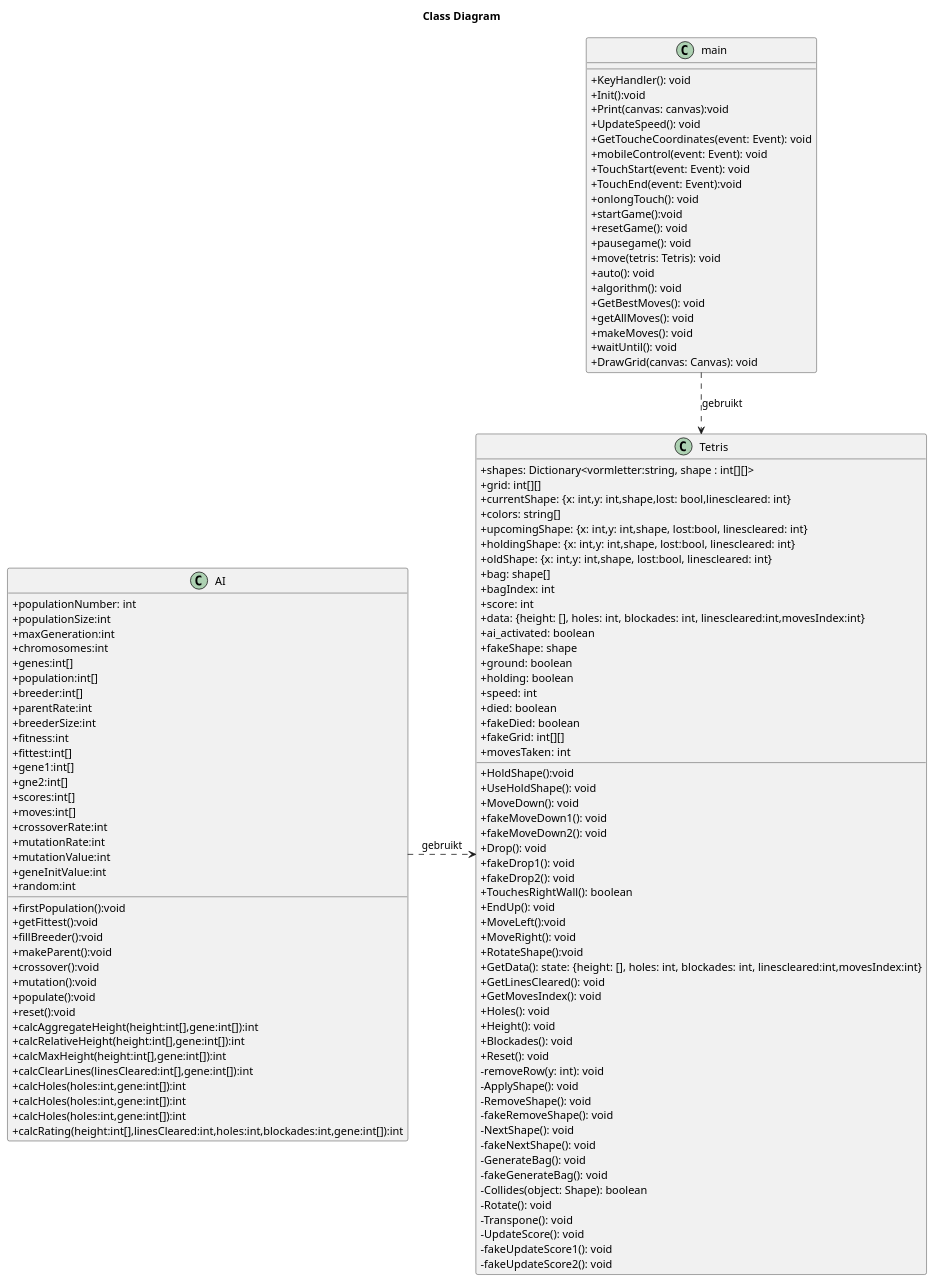
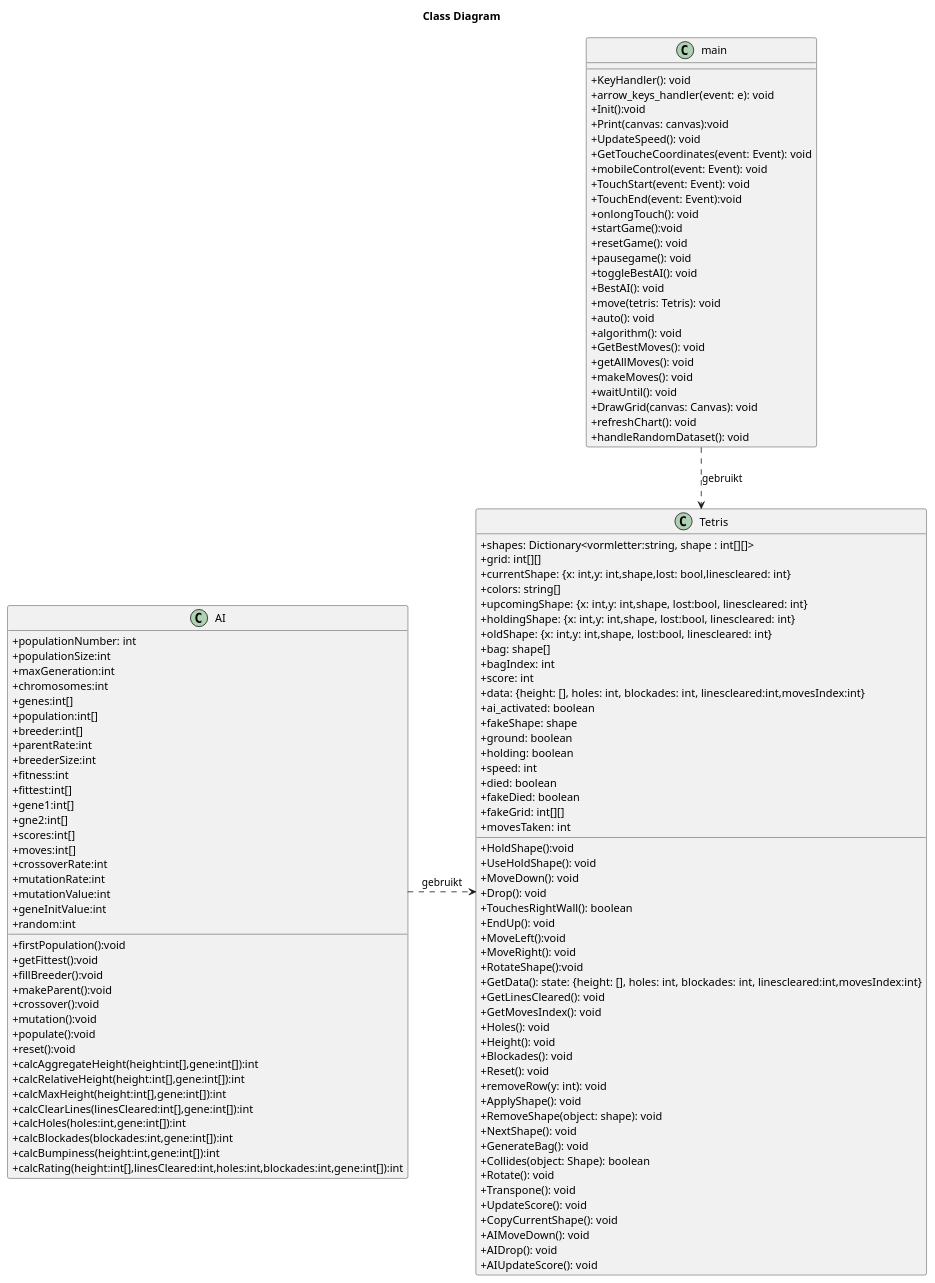
The diagram in Analyse/Class.puml (matissecallewaert/ai-tetris), drawn with PlantUML before and after one commit. The commit also changed 7 other files, not shown here.

```diff
--- a/Analyse/Class.puml
+++ b/Analyse/Class.puml
@@ -1,125 +1,125 @@
 @startuml klassediagram tetrisAI
 
 title ==Class Diagram==
 
 skinparam ClassAttributeIconSize 0
 class Tetris{
     +shapes: Dictionary<vormletter:string, shape : int[][]>
     +grid: int[][]
     +currentShape: {x: int,y: int,shape,lost: bool,linescleared: int}
     +colors: string[]
     +upcomingShape: {x: int,y: int,shape, lost:bool, linescleared: int}
     +holdingShape: {x: int,y: int,shape, lost:bool, linescleared: int}
     +oldShape: {x: int,y: int,shape, lost:bool, linescleared: int}
     +bag: shape[]
     +bagIndex: int
     +score: int
     +data: {height: [], holes: int, blockades: int, linescleared:int,movesIndex:int}
     +ai_activated: boolean
     +fakeShape: shape
     +ground: boolean
     +holding: boolean   
     +speed: int
     +died: boolean
     +fakeDied: boolean
     +fakeGrid: int[][]
     +HoldShape():void
     +UseHoldShape(): void
     +movesTaken: int
     +MoveDown(): void
-    +fakeMoveDown1(): void
-    +fakeMoveDown2(): void
     +Drop(): void
-    +fakeDrop1(): void
-    +fakeDrop2(): void
     +TouchesRightWall(): boolean
     +EndUp(): void
     +MoveLeft():void
     +MoveRight(): void
     +RotateShape():void
     +GetData(): state: {height: [], holes: int, blockades: int, linescleared:int,movesIndex:int}
     +GetLinesCleared(): void
     +GetMovesIndex(): void
     +Holes(): void
     +Height(): void
     +Blockades(): void
     +Reset(): void
-    -removeRow(y: int): void
-    -ApplyShape(): void
-    -RemoveShape(): void
-    -fakeRemoveShape(): void
-    -NextShape(): void
-    -fakeNextShape(): void
-    -GenerateBag(): void
-    -fakeGenerateBag(): void
-    -Collides(object: Shape): boolean
-    -Rotate(): void
-    -Transpone(): void
-    -UpdateScore(): void
-    -fakeUpdateScore1(): void
-    -fakeUpdateScore2(): void
-
+    +removeRow(y: int): void
+    +ApplyShape(): void
+    +RemoveShape(object: shape): void
+    +NextShape(): void
+    +GenerateBag(): void
+    +Collides(object: Shape): boolean
+    +Rotate(): void
+    +Transpone(): void
+    +UpdateScore(): void
+    +CopyCurrentShape(): void
+    +AIMoveDown(): void
+    +AIDrop(): void
+    +AIUpdateScore(): void
 }
 class AI{
     +populationNumber: int
     +populationSize:int
     +maxGeneration:int
     +chromosomes:int
     +genes:int[]
     +population:int[]
     +breeder:int[]
     +parentRate:int
     +breederSize:int
     +fitness:int
     +fittest:int[]
     +gene1:int[]
     +gne2:int[]
     +scores:int[]
     +moves:int[]
     +crossoverRate:int
     +mutationRate:int
     +mutationValue:int
     +geneInitValue:int
     +random:int
     +firstPopulation():void
     +getFittest():void
     +fillBreeder():void
     +makeParent():void
     +crossover():void
     +mutation():void
     +populate():void
     +reset():void
     +calcAggregateHeight(height:int[],gene:int[]):int
     +calcRelativeHeight(height:int[],gene:int[]):int
     +calcMaxHeight(height:int[],gene:int[]):int
     +calcClearLines(linesCleared:int[],gene:int[]):int
     +calcHoles(holes:int,gene:int[]):int
-    +calcHoles(holes:int,gene:int[]):int
-    +calcHoles(holes:int,gene:int[]):int
+    +calcBlockades(blockades:int,gene:int[]):int
+    +calcBumpiness(height:int,gene:int[]):int
     +calcRating(height:int[],linesCleared:int,holes:int,blockades:int,gene:int[]):int
 }
 class main{
     +KeyHandler(): void
+    +arrow_keys_handler(event: e): void
     +Init():void
     +Print(canvas: canvas):void
     +UpdateSpeed(): void
     +GetToucheCoordinates(event: Event): void
     +mobileControl(event: Event): void
     +TouchStart(event: Event): void
     +TouchEnd(event: Event):void
     +onlongTouch(): void
     +startGame():void
     +resetGame(): void
     +pausegame(): void
+    +toggleBestAI(): void
+    +BestAI(): void
     +move(tetris: Tetris): void
     +auto(): void
     +algorithm(): void
     +GetBestMoves(): void
     +getAllMoves(): void
     +makeMoves(): void
     +waitUntil(): void
     +DrawGrid(canvas: Canvas): void
+    +refreshChart(): void
+    +handleRandomDataset(): void
+    
 }
 main ..> Tetris: gebruikt
 AI .> Tetris: gebruikt
 @enduml
```
